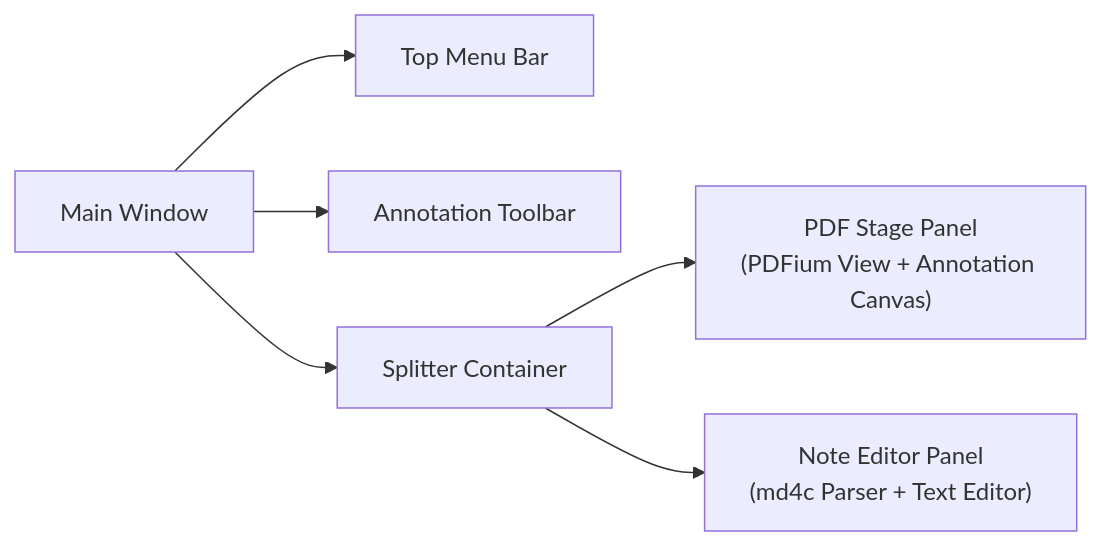
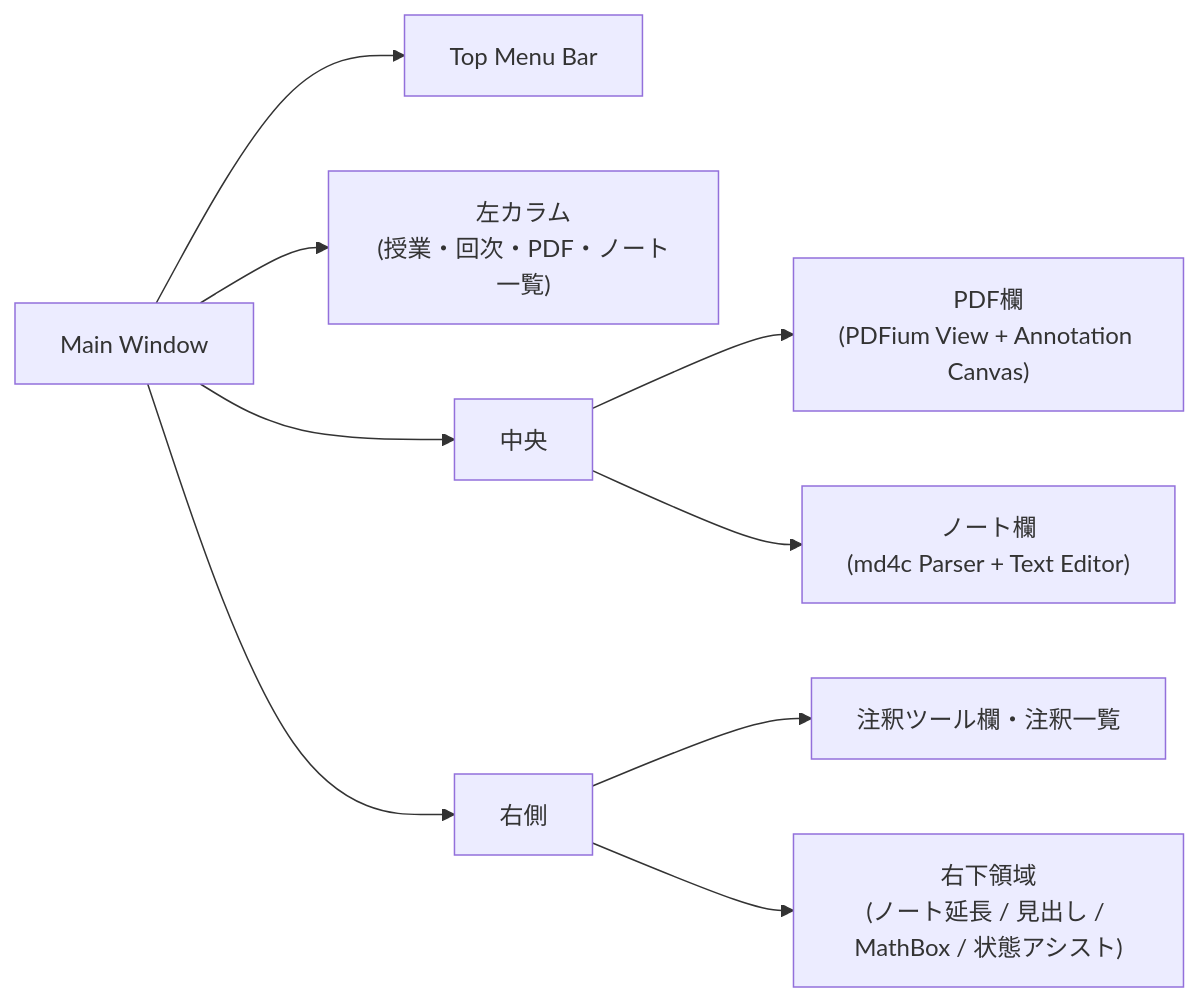
One commit to soone-y/OPEN_PDF-Note-Workspace changed the diagram in introduction/core/ui_concepts.md. Above: the diagram before and after it, drawn with Mermaid. The commit also changed other lines of this file and 55 other files, not shown here.

````diff
--- a/introduction/core/ui_concepts.md
+++ b/introduction/core/ui_concepts.md
@@ -27,8 +37,11 @@
 ```mermaid
 graph LR
     WINDOW["Main Window"] --> MENU["Top Menu Bar"]
-    WINDOW --> TOOLBAR["Annotation Toolbar"]
-    WINDOW --> SPLITTER["Splitter Container"]
-    SPLITTER --> STAGE["PDF Stage Panel<br/>(PDFium View + Annotation Canvas)"]
-    SPLITTER --> NOTE_PANEL["Note Editor Panel<br/>(md4c Parser + Text Editor)"]
+    WINDOW --> LEFT["左カラム<br/>(授業・回次・PDF・ノート一覧)"]
+    WINDOW --> CENTER["中央"]
+    WINDOW --> RIGHT["右側"]
+    CENTER --> PDF_PANE["PDF欄<br/>(PDFium View + Annotation Canvas)"]
+    CENTER --> NOTE_PANE["ノート欄<br/>(md4c Parser + Text Editor)"]
+    RIGHT --> TOOLBAR["注釈ツール欄・注釈一覧"]
+    RIGHT --> BOTTOM_RIGHT["右下領域<br/>(ノート延長 / 見出し / MathBox / 状態アシスト)"]
 ```
````
